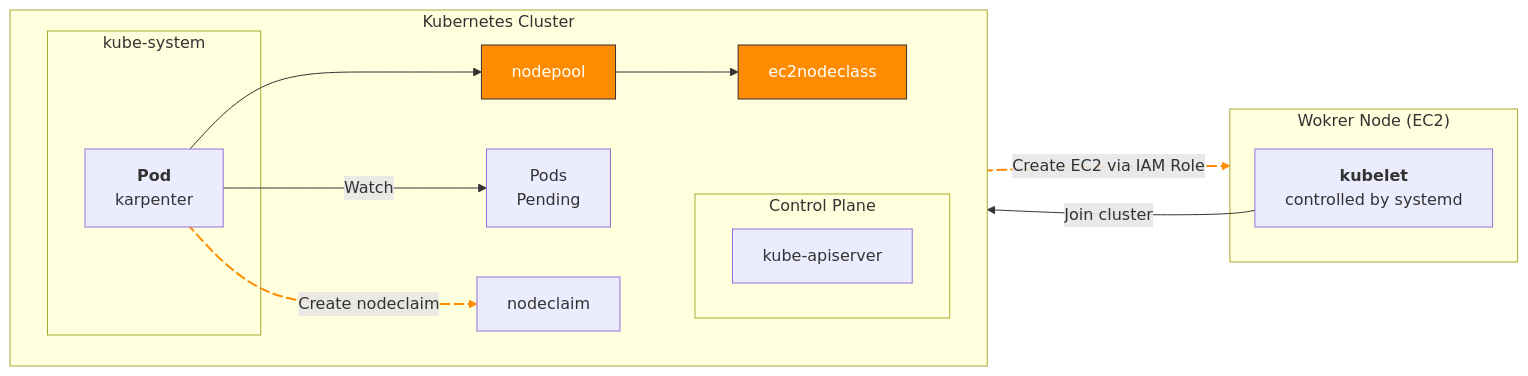
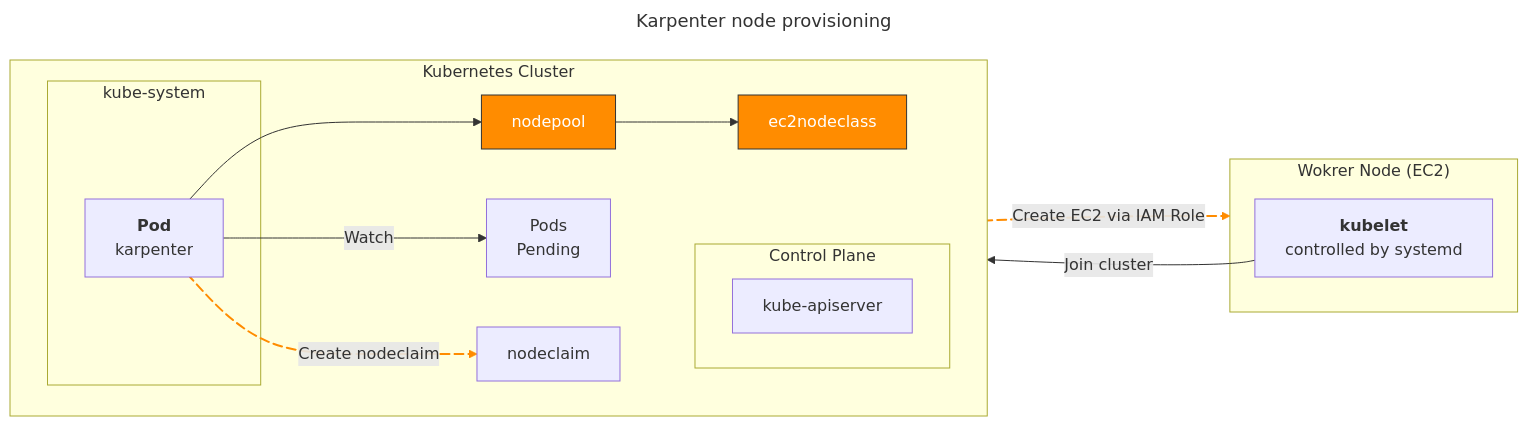
The first of 6 diagrams in content/blog/karpenter-spot-fallback/index.md (younsl/younsl.github.io), drawn with Mermaid before and after one commit. The commit also changed other lines of this file and 1 other file, not shown here.

Commit message:
chore: Update diagram

````diff
--- a/content/blog/karpenter-spot-fallback/index.md
+++ b/content/blog/karpenter-spot-fallback/index.md
@@ -35,35 +31,38 @@
 ```mermaid
+---
+title: Karpenter node provisioning
+---
 flowchart LR
   p["`Pods
   Pending`"]
   subgraph k8s[Kubernetes Cluster]
     direction LR
     subgraph cp["Control Plane"]
         kas["kube-apiserver"]
     end
     subgraph kube-system
       k["`**Pod**
       karpenter`"]
     end
     k --> np
     k -- Watch --> p
     k e1@--Create nodeclaim--> nodeclaim
     np[nodepool] --> ec2nc[ec2nodeclass]
   end
   subgraph wn["Wokrer Node (EC2)"]
     kubelet["`**kubelet**
     controlled by systemd`"]
   end
   nodeclaim e2@--Create EC2 via IAM Role--> wn 
 
   kubelet --Join cluster--> kas
 
   style np fill:darkorange,color:#fff,stroke:#333
   style ec2nc fill:darkorange,color:#fff,stroke:#333
 
   e1@{ animate: true }
   e2@{ animate: true }
 
   linkStyle 2 stroke:darkorange,stroke-width:2px
   linkStyle 4 stroke:darkorange,stroke-width:2px
 ```
````
